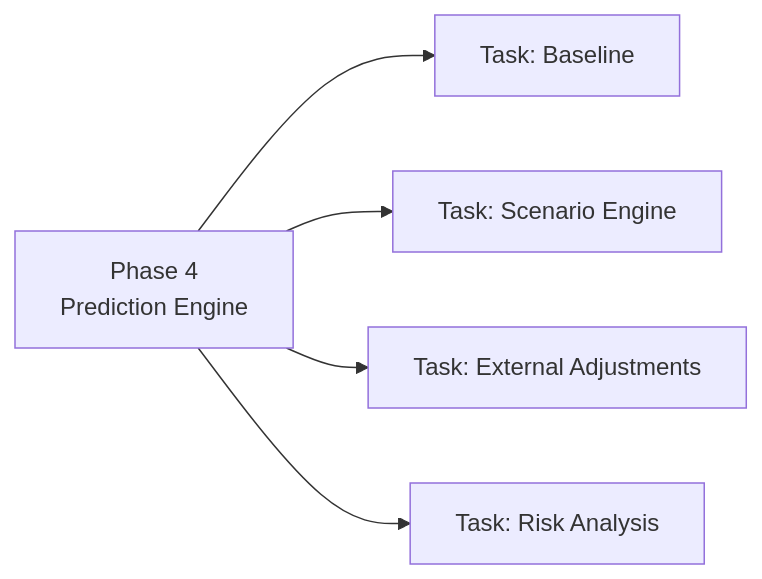
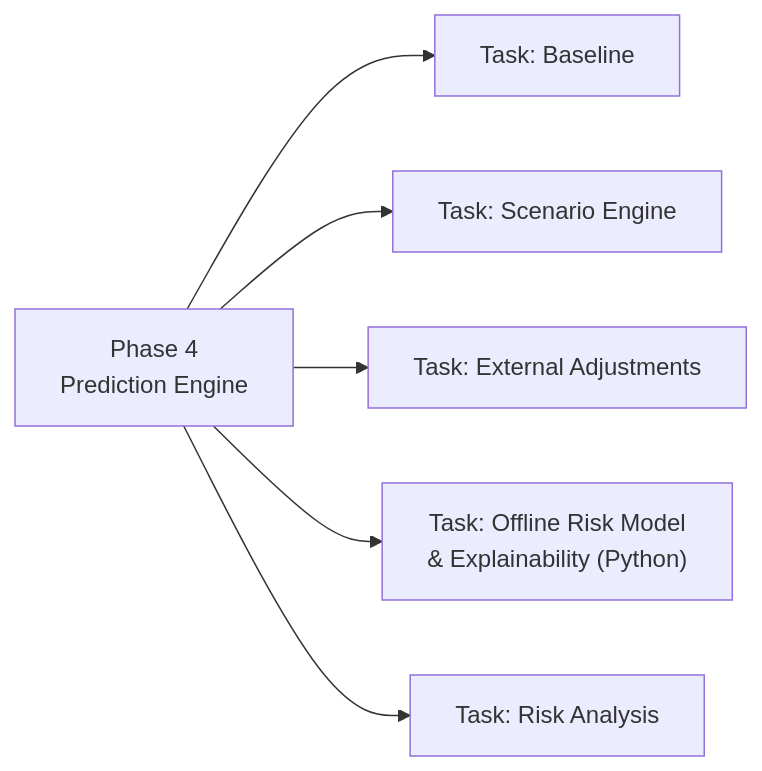
Before and after one commit to Agnik47/Fasal-Becho: the second of 4 diagrams in README.md, drawn with Mermaid. The commit also changed other lines of this file and 11 other files, not shown here.

````diff
--- a/README.md
+++ b/README.md
@@ -161,7 +161,8 @@
 ```mermaid
 flowchart LR
     P["Phase 4<br/>Prediction Engine"] --> T1["Task: Baseline"]
     P --> T2["Task: Scenario Engine"]
     P --> T3["Task: External Adjustments"]
-    P --> T4["Task: Risk Analysis"]
+    P --> T4["Task: Offline Risk Model<br/>& Explainability (Python)"]
+    P --> T5["Task: Risk Analysis"]
 ```
````
